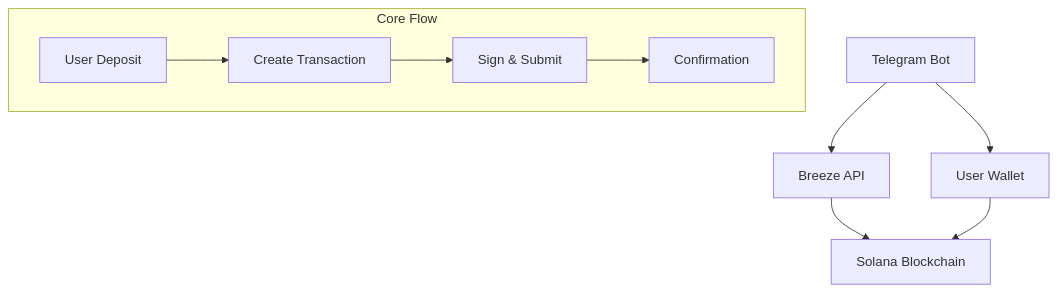
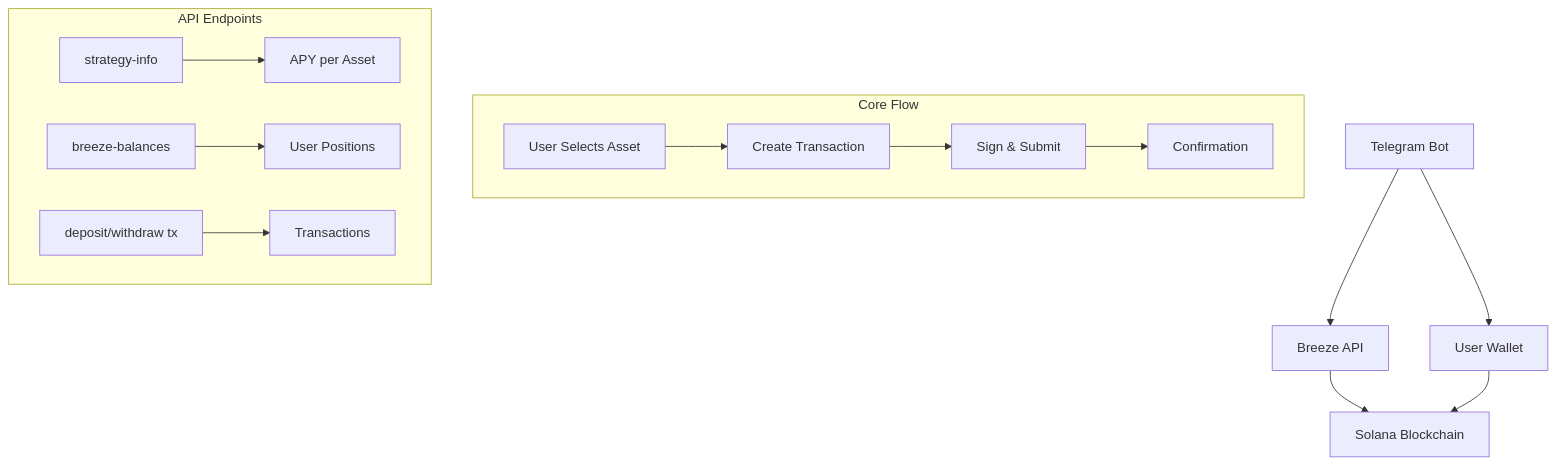
Before and after one commit to anagrambuild/breeze-docs: the diagram in Integration-Guide/integrationExampleTgBot.mdx, drawn with Mermaid. The commit also changed other lines of this file and 65 other files, not shown here.

````diff
--- a/Integration-Guide/integrationExampleTgBot.mdx
+++ b/Integration-Guide/integrationExampleTgBot.mdx
@@ -48,13 +49,19 @@
 ```mermaid
 graph TB
     A[Telegram Bot] --> B[Breeze API]
     B --> C[Solana Blockchain]
     A --> D[User Wallet]
     D --> C
-    
+
     subgraph "Core Flow"
-        E[User Deposit] --> F[Create Transaction]
+        E[User Selects Asset] --> F[Create Transaction]
         F --> G[Sign & Submit]
         G --> H[Confirmation]
     end
+
+    subgraph "API Endpoints"
+        I[strategy-info] --> J[APY per Asset]
+        K[breeze-balances] --> L[User Positions]
+        M[deposit/withdraw tx] --> N[Transactions]
+    end
 ```
````
